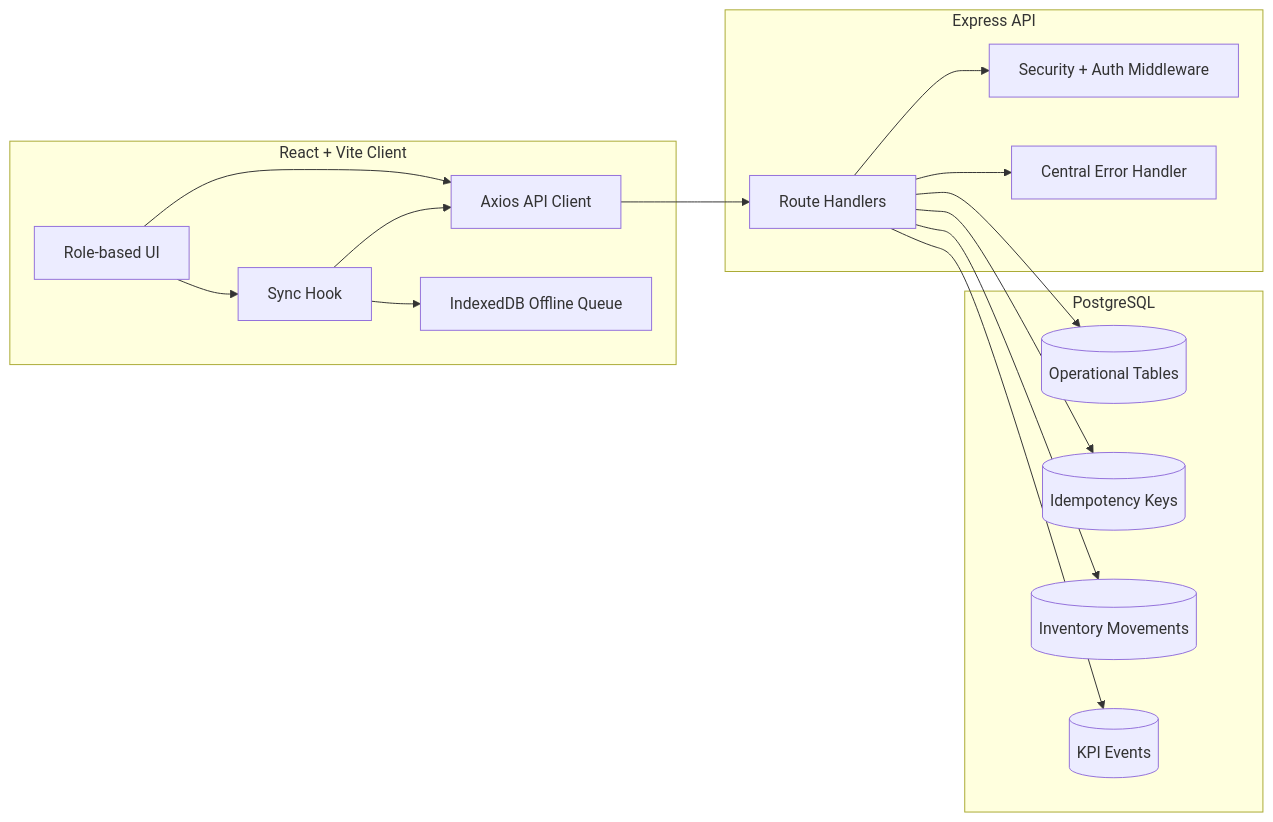
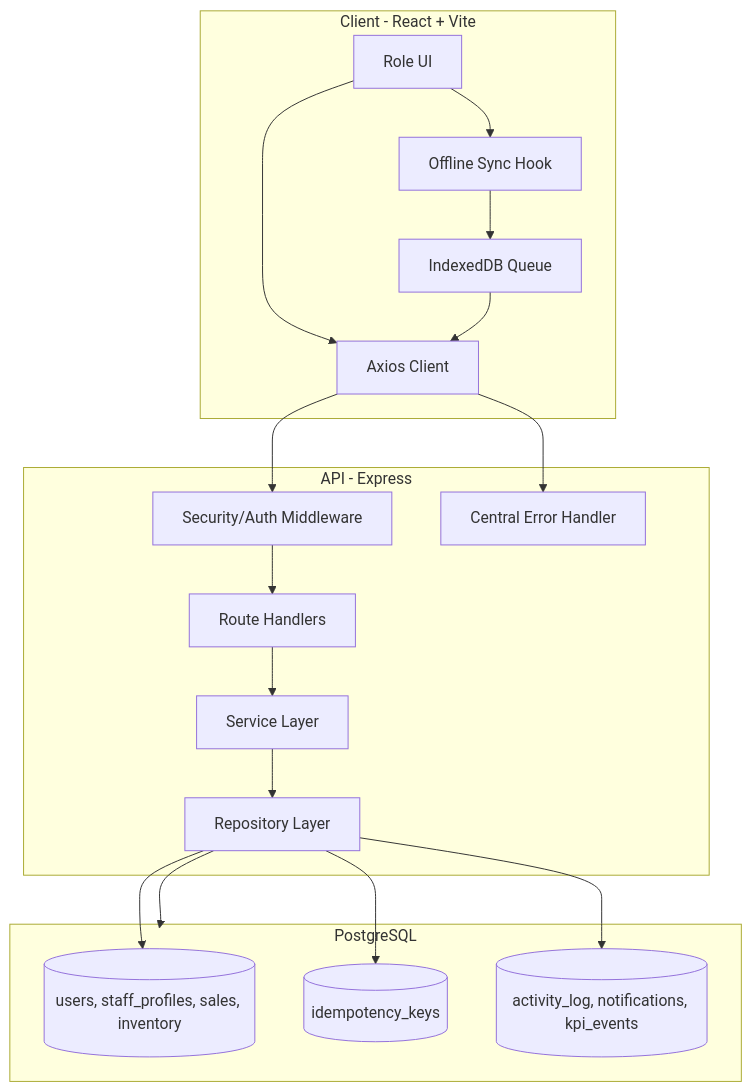
Before and after one commit to Asout3/bakery-ops-app: the first of 2 diagrams in README.md, drawn with Mermaid. The commit also changed other lines of this file and 5 other files, not shown here.

Commit message:
Refactor admin lifecycle into service/repo and remove runtime schema DDL

````diff
--- a/README.md
+++ b/README.md
@@ -17,35 +7,30 @@
 ```mermaid
-flowchart LR
-    subgraph Client[React + Vite Client]
-      UI[Role-based UI]
-      AX[Axios API Client]
-      OQ[IndexedDB Offline Queue]
-      SY[Sync Hook]
-    end
+flowchart TB
+  subgraph Frontend[Client - React + Vite]
+    UI[Role UI]
+    AX[Axios Client]
+    SYNC[Offline Sync Hook]
+    Q[IndexedDB Queue]
+  end
 
-    subgraph API[Express API]
-      MW[Security + Auth Middleware]
-      RT[Route Handlers]
-      EH[Central Error Handler]
-    end
+  subgraph Backend[API - Express]
+    MW[Security/Auth Middleware]
+    RT[Route Handlers]
+    SV[Service Layer]
+    RP[Repository Layer]
+    EH[Central Error Handler]
+  end
 
-    subgraph Data[PostgreSQL]
-      S1[(Operational Tables)]
-      S2[(Idempotency Keys)]
-      S3[(Inventory Movements)]
-      S4[(KPI Events)]
-    end
+  subgraph DB[PostgreSQL]
+    CORE[(users, staff_profiles, sales, inventory)]
+    IDEM[(idempotency_keys)]
+    AUDIT[(activity_log, notifications, kpi_events)]
+  end
 
-    UI --> AX
-    AX --> RT
-    UI --> SY
-    SY --> OQ
-    SY --> AX
-
-    RT --> MW
-    RT --> EH
-    RT --> S1
-    RT --> S2
-    RT --> S3
-    RT --> S4
+  UI --> AX --> MW --> RT --> SV --> RP --> DB
+  AX --> EH
+  UI --> SYNC --> Q --> AX
+  RP --> CORE
+  RP --> IDEM
+  RP --> AUDIT
 ```
````
